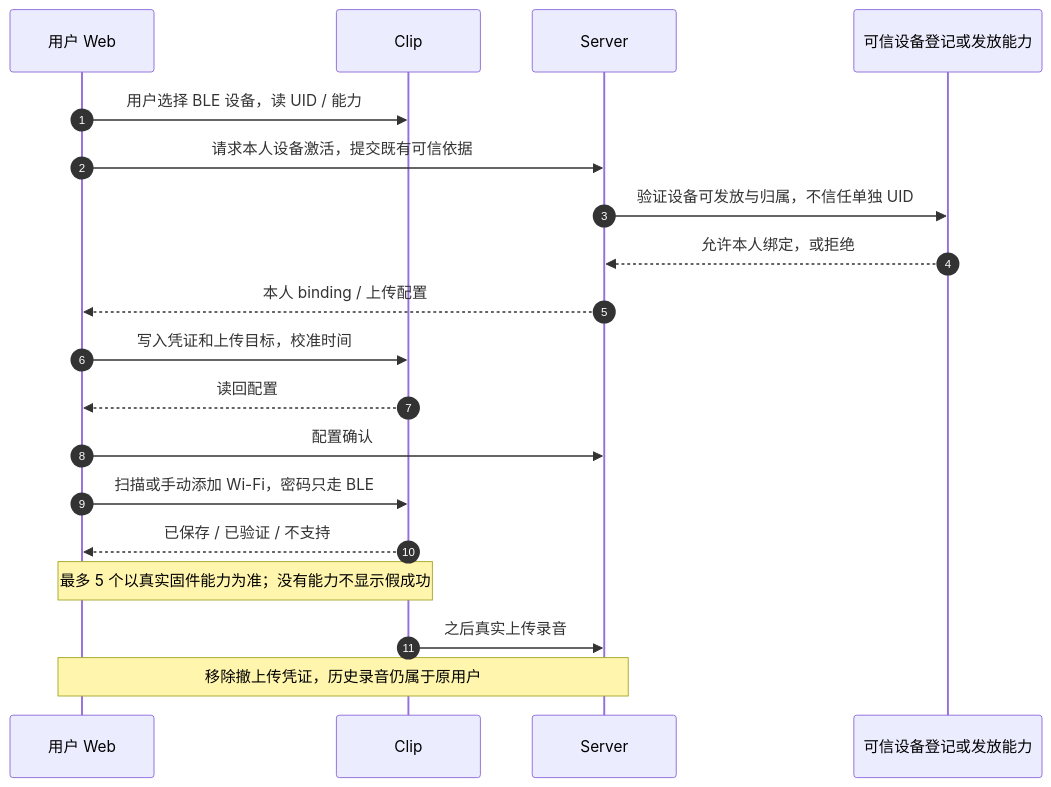
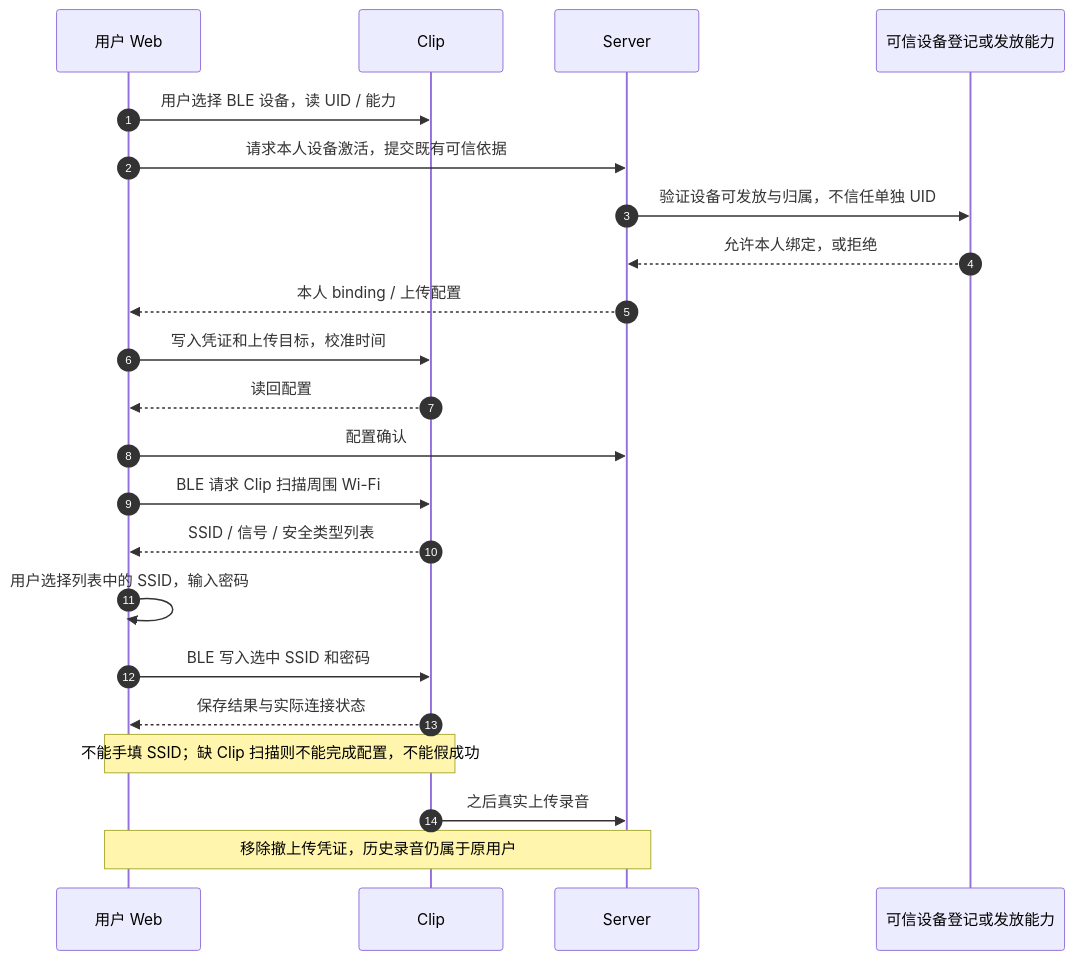
One commit to boboliu-1010/speaker changed the diagram in docs/assets/diagrams/03-device-onboarding.mmd. Above: the diagram before and after it, drawn with Mermaid. The commit also changed 6 other files, not shown here.

```diff
--- a/docs/assets/diagrams/03-device-onboarding.mmd
+++ b/docs/assets/diagrams/03-device-onboarding.mmd
@@ -1,19 +1,22 @@
 sequenceDiagram
     autonumber
     participant U as 用户 Web
     participant C as Clip
     participant S as Server
     participant P as 可信设备登记或发放能力
     U->>C: 用户选择 BLE 设备，读 UID / 能力
     U->>S: 请求本人设备激活，提交既有可信依据
     S->>P: 验证设备可发放与归属，不信任单独 UID
     P-->>S: 允许本人绑定，或拒绝
     S-->>U: 本人 binding / 上传配置
     U->>C: 写入凭证和上传目标，校准时间
     C-->>U: 读回配置
     U->>S: 配置确认
-    U->>C: 扫描或手动添加 Wi-Fi，密码只走 BLE
-    C-->>U: 已保存 / 已验证 / 不支持
-    Note over U,C: 最多 5 个以真实固件能力为准；没有能力不显示假成功
+    U->>C: BLE 请求 Clip 扫描周围 Wi-Fi
+    C-->>U: SSID / 信号 / 安全类型列表
+    U->>U: 用户选择列表中的 SSID，输入密码
+    U->>C: BLE 写入选中 SSID 和密码
+    C-->>U: 保存结果与实际连接状态
+    Note over U,C: 不能手填 SSID；缺 Clip 扫描则不能完成配置，不能假成功
     C->>S: 之后真实上传录音
     Note over U,S: 移除撤上传凭证，历史录音仍属于原用户
```
